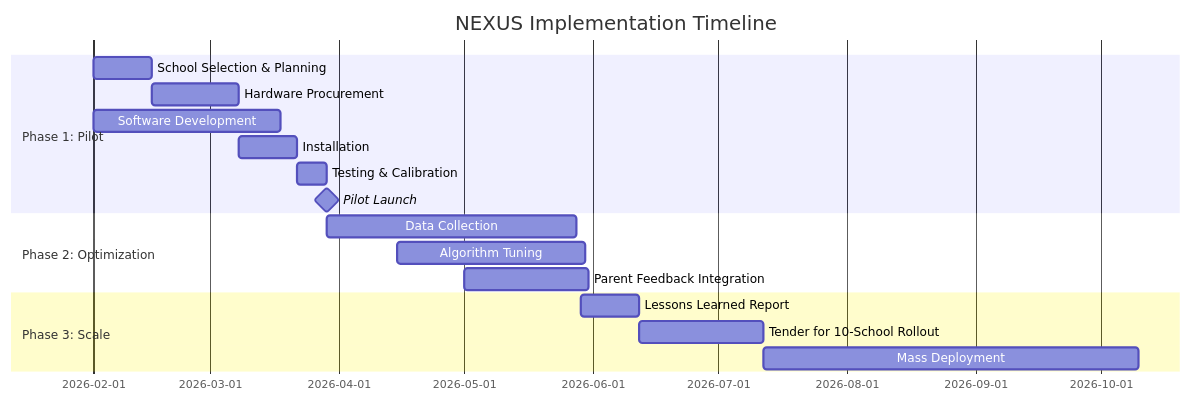
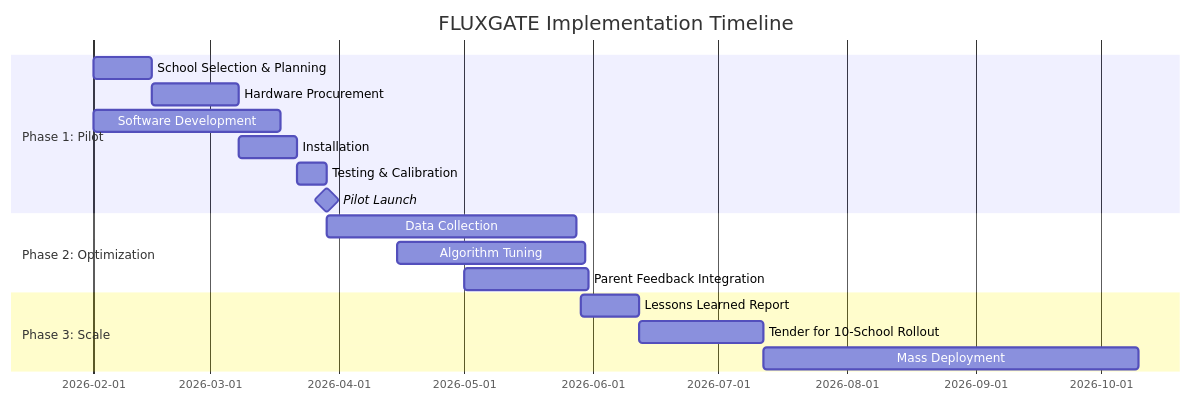
One commit to HyperionBurn/nexus-command-center changed the diagram in RTA_NEXUS_CostAnalysis.md. Above: the diagram before and after it, drawn with Mermaid. The commit also changed other lines of this file and 56 other files, not shown here.

Commit message:
Rebrand: NEXUS -> FLUXGATE across entire codebase

````diff
--- a/RTA_NEXUS_CostAnalysis.md
+++ b/RTA_NEXUS_CostAnalysis.md
@@ -418,22 +418,22 @@
 ```mermaid
 gantt
-    title NEXUS Implementation Timeline
+    title FLUXGATE Implementation Timeline
     dateFormat  YYYY-MM-DD
     section Phase 1: Pilot
     School Selection & Planning    :2026-02-01, 14d
     Hardware Procurement          :2026-02-15, 21d
     Software Development          :2026-02-01, 45d
     Installation                  :2026-03-08, 14d
     Testing & Calibration         :2026-03-22, 7d
     Pilot Launch                  :milestone, 2026-03-29, 0d
     
     section Phase 2: Optimization
     Data Collection               :2026-03-29, 60d
     Algorithm Tuning              :2026-04-15, 45d
     Parent Feedback Integration   :2026-05-01, 30d
     
     section Phase 3: Scale
     Lessons Learned Report        :2026-05-29, 14d
     Tender for 10-School Rollout  :2026-06-12, 30d
     Mass Deployment               :2026-07-12, 90d
 ```
````
